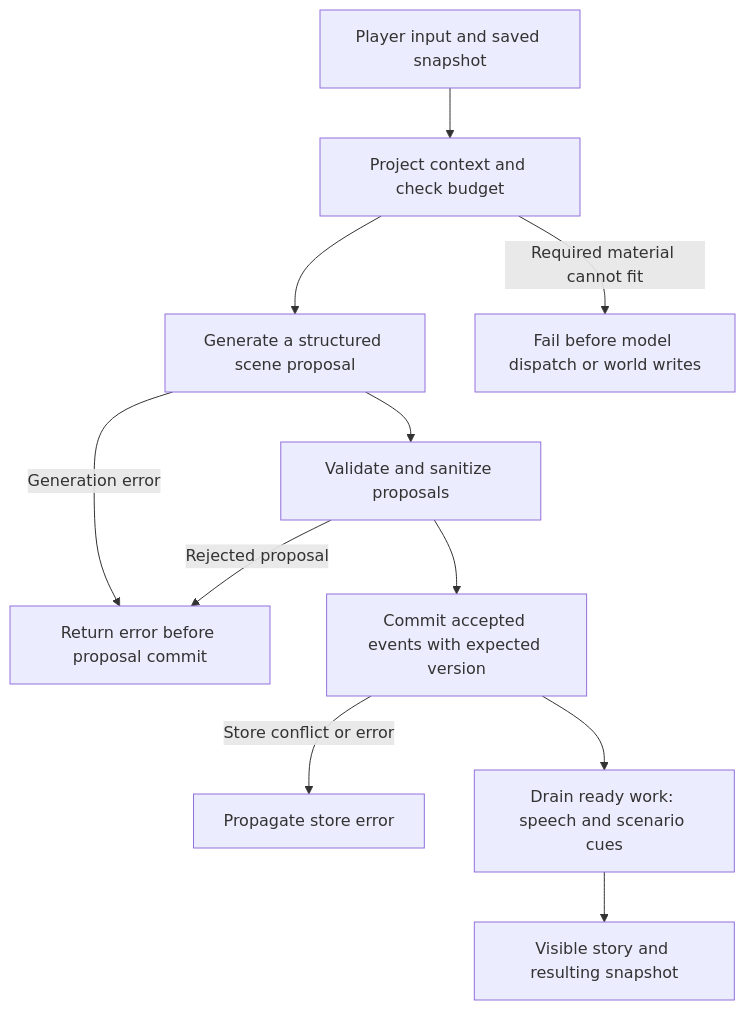
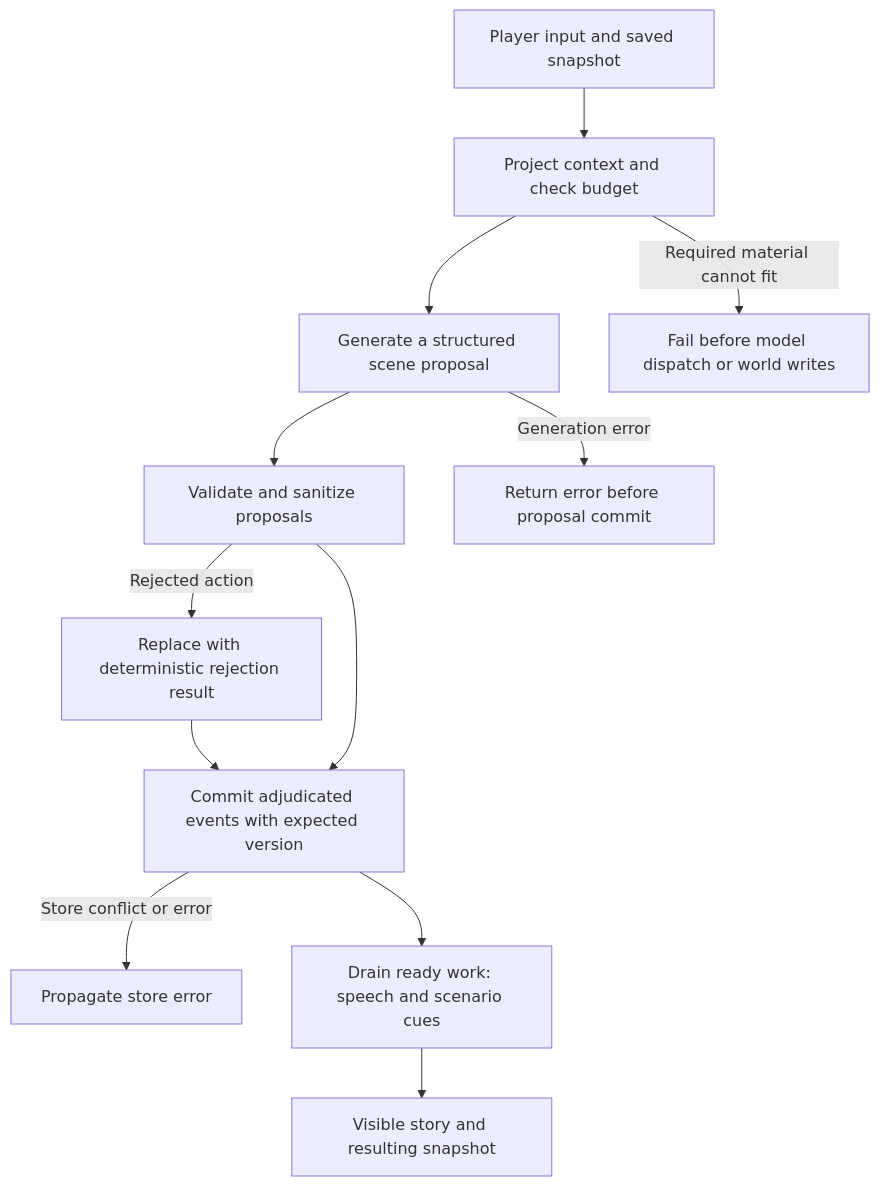
One commit to storyloop0/storyloop-harness changed the second of 3 diagrams in README.en.md. Above: the diagram before and after it, drawn with Mermaid. The commit also changed other lines of this file and 3 other files, not shown here.

````diff
--- a/README.en.md
+++ b/README.en.md
@@ -29,13 +29,14 @@
 ```mermaid
 flowchart TD
     Input[Player input and saved snapshot] --> Project[Project context and check budget]
     Project --> Generate[Generate a structured scene proposal]
     Project -->|Required material cannot fit| Fail[Fail before model dispatch or world writes]
     Generate --> Validate[Validate and sanitize proposals]
     Generate -->|Generation error| Stop[Return error before proposal commit]
-    Validate -->|Rejected proposal| Stop
-    Validate --> Commit[Commit accepted events with expected version]
+    Validate -->|Rejected action| Rejected[Replace with deterministic rejection result]
+    Rejected --> Commit
+    Validate --> Commit[Commit adjudicated events with expected version]
     Commit -->|Store conflict or error| StoreError[Propagate store error]
     Commit --> Work[Drain ready work: speech and scenario cues]
     Work --> Output[Visible story and resulting snapshot]
 ```
````
